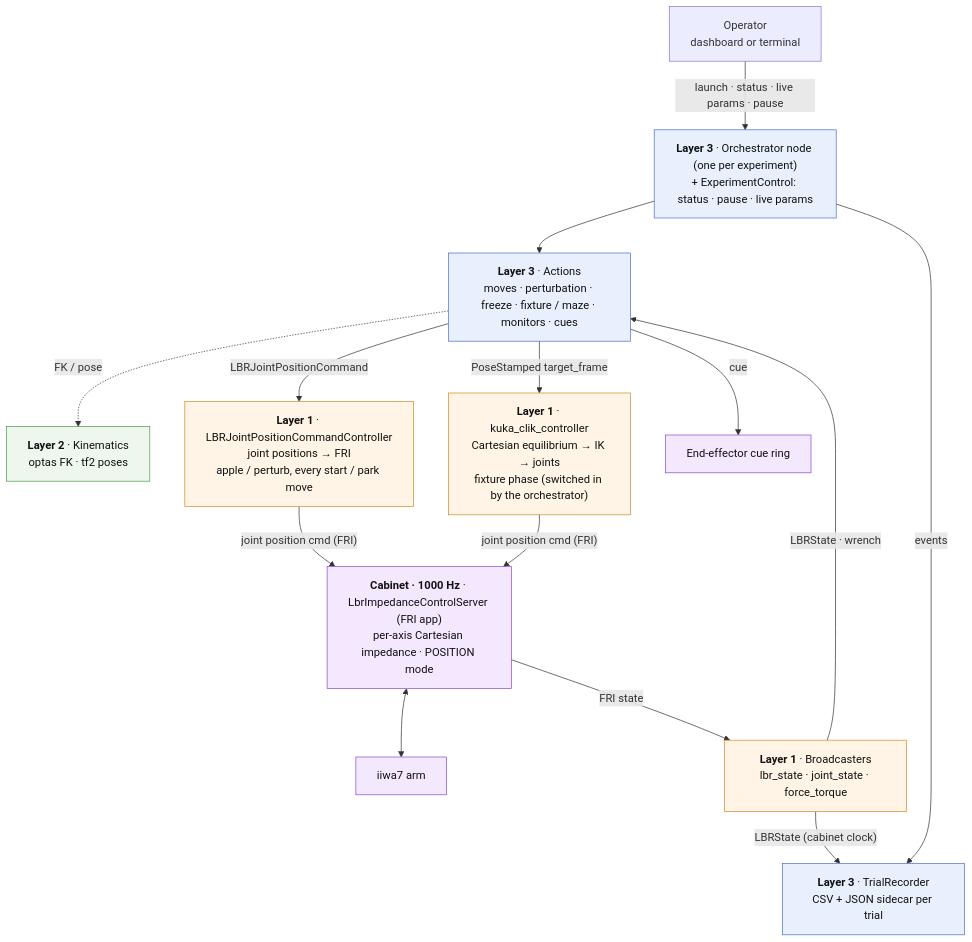
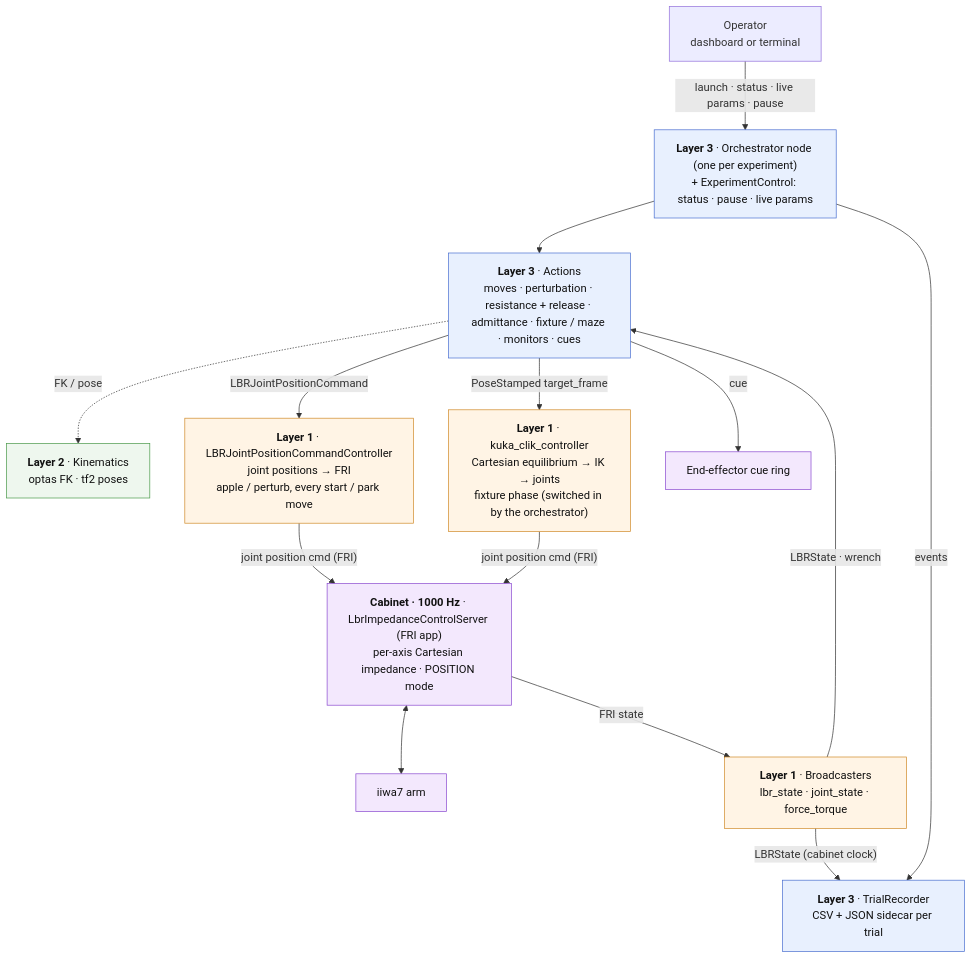
One commit to sinthlab/sinthlab-kuka-stack changed the first of 9 diagrams in README.md. Above: the diagram before and after it, drawn with Mermaid. The commit also changed other lines of this file and 25 other files, not shown here.

````diff
--- a/README.md
+++ b/README.md
@@ -1526,37 +1558,37 @@
 ```mermaid
 flowchart TB
     OPS["Operator<br/>dashboard or terminal"]
     ORCH["<b>Layer 3</b> · Orchestrator node (one per experiment)<br/>+ ExperimentControl: status · pause · live params"]
-    ACT["<b>Layer 3</b> · Actions<br/>moves · perturbation · freeze · fixture / maze · monitors · cues"]
+    ACT["<b>Layer 3</b> · Actions<br/>moves · perturbation · resistance + release · admittance · fixture / maze · monitors · cues"]
     REC["<b>Layer 3</b> · TrialRecorder<br/>CSV + JSON sidecar per trial"]
     KIN["<b>Layer 2</b> · Kinematics<br/>optas FK · tf2 poses"]
     JPC["<b>Layer 1</b> · LBRJointPositionCommandController<br/>joint positions → FRI<br/>apple / perturb, every start / park move"]
     CLIK["<b>Layer 1</b> · kuka_clik_controller<br/>Cartesian equilibrium → IK → joints<br/>fixture phase (switched in by the orchestrator)"]
     EE["End-effector cue ring"]
     APP["<b>Cabinet · 1000 Hz</b> · LbrImpedanceControlServer (FRI app)<br/>per-axis Cartesian impedance · POSITION mode"]
     ARM["iiwa7 arm"]
     BCAST["<b>Layer 1</b> · Broadcasters<br/>lbr_state · joint_state · force_torque"]
 
     OPS -- "launch · status · live params · pause" --> ORCH
     ORCH --> ACT
     ORCH -- "events" --> REC
     ACT -. "FK / pose" .-> KIN
     ACT -- "LBRJointPositionCommand" --> JPC
     ACT -- "PoseStamped target_frame" --> CLIK
     ACT -- "cue" --> EE
     JPC -- "joint position cmd (FRI)" --> APP
     CLIK -- "joint position cmd (FRI)" --> APP
     APP <--> ARM
     APP -- "FRI state" --> BCAST
     BCAST -- "LBRState · wrench" --> ACT
     BCAST -- "LBRState (cabinet clock)" --> REC
 
     classDef l3 fill:#e8f0fe,stroke:#4a6fd0,color:#111
     classDef l2 fill:#eef7ee,stroke:#4a9a4a,color:#111
     classDef l1 fill:#fff4e5,stroke:#d08a2a,color:#111
     classDef hw fill:#f3e8fd,stroke:#8a4ad0,color:#111
     class ORCH,ACT,REC l3
     class KIN l2
     class JPC,CLIK,BCAST l1
     class APP,ARM,EE hw
 ```
````
